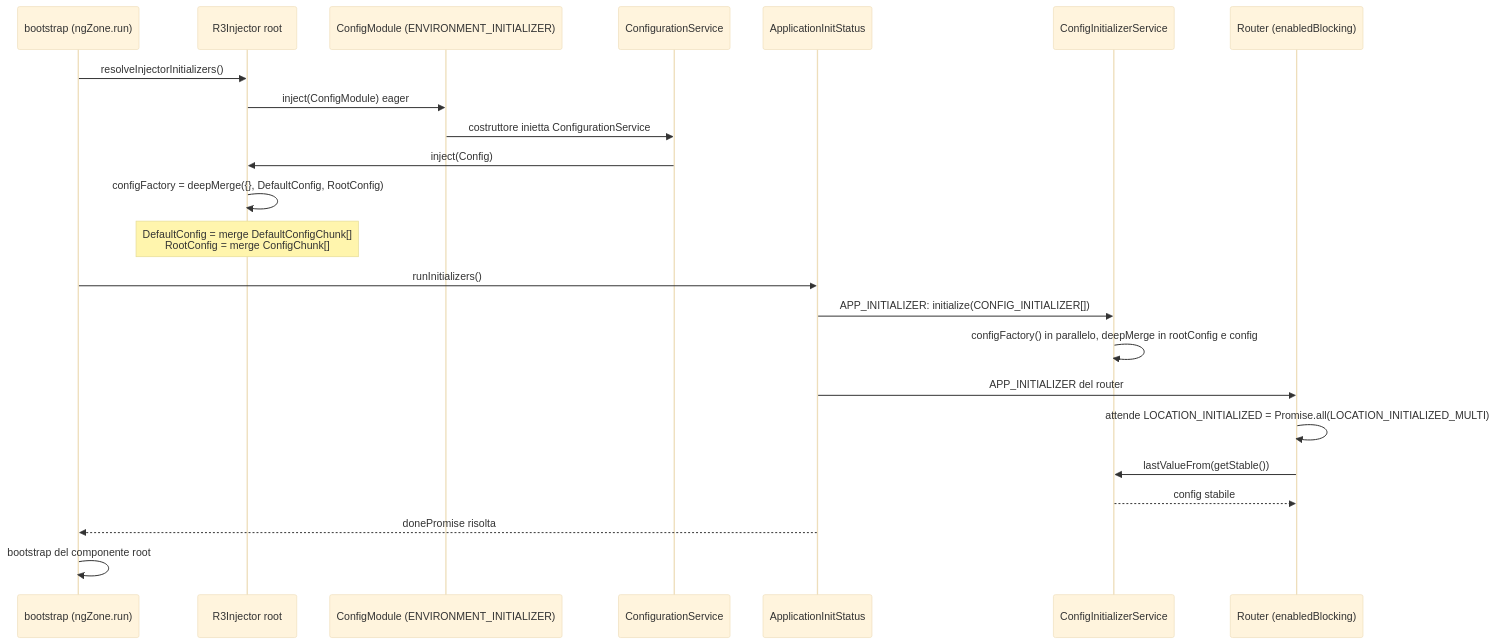
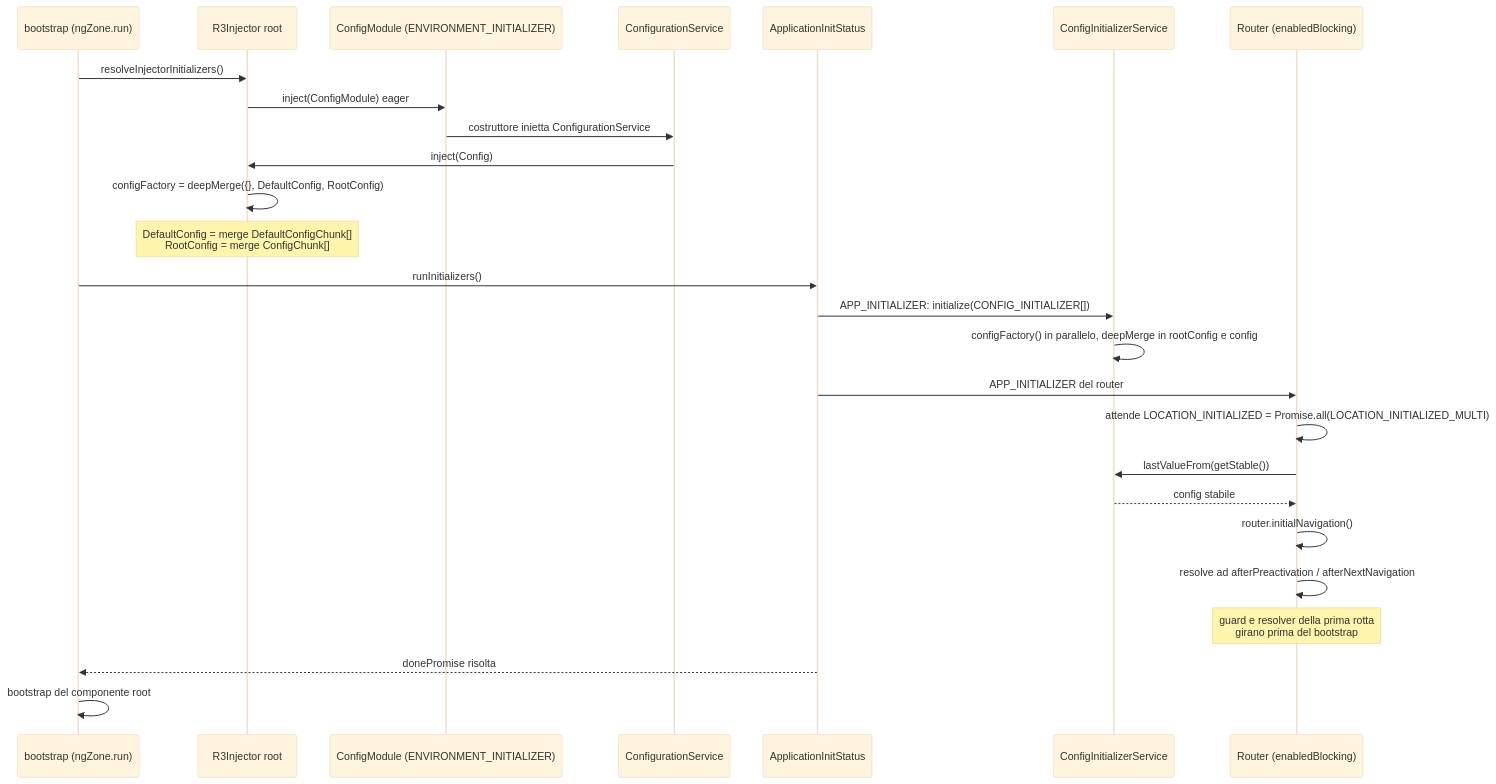
The third of 4 diagrams in docs/spartacus-book/parte-1/01-dependency-injection.md (mgiuditta/spartacus), drawn with Mermaid (base theme) before and after one commit. The commit also changed other lines of this file and 4 other files, not shown here.

````diff
--- a/docs/spartacus-book/parte-1/01-dependency-injection.md
+++ b/docs/spartacus-book/parte-1/01-dependency-injection.md
@@ -279,25 +280,28 @@
 ```mermaid
 sequenceDiagram
   participant B as bootstrap (ngZone.run)
   participant R as R3Injector root
   participant CM as ConfigModule (ENVIRONMENT_INITIALIZER)
   participant CS as ConfigurationService
   participant AIS as ApplicationInitStatus
   participant CIS as ConfigInitializerService
   participant RT as Router (enabledBlocking)
   B->>R: resolveInjectorInitializers()
   R->>CM: inject(ConfigModule) eager
   CM->>CS: costruttore inietta ConfigurationService
   CS->>R: inject(Config)
   R->>R: configFactory = deepMerge({}, DefaultConfig, RootConfig)
   Note over R: DefaultConfig = merge DefaultConfigChunk[]<br/>RootConfig = merge ConfigChunk[]
   B->>AIS: runInitializers()
   AIS->>CIS: APP_INITIALIZER: initialize(CONFIG_INITIALIZER[])
   CIS->>CIS: configFactory() in parallelo, deepMerge in rootConfig e config
   AIS->>RT: APP_INITIALIZER del router
   RT->>RT: attende LOCATION_INITIALIZED = Promise.all(LOCATION_INITIALIZED_MULTI)
   RT->>CIS: lastValueFrom(getStable())
   CIS-->>RT: config stabile
+  RT->>RT: router.initialNavigation()
+  RT->>RT: resolve ad afterPreactivation / afterNextNavigation
+  Note over RT: guard e resolver della prima rotta<br/>girano prima del bootstrap
   AIS-->>B: donePromise risolta
   B->>B: bootstrap del componente root
 ```
````
